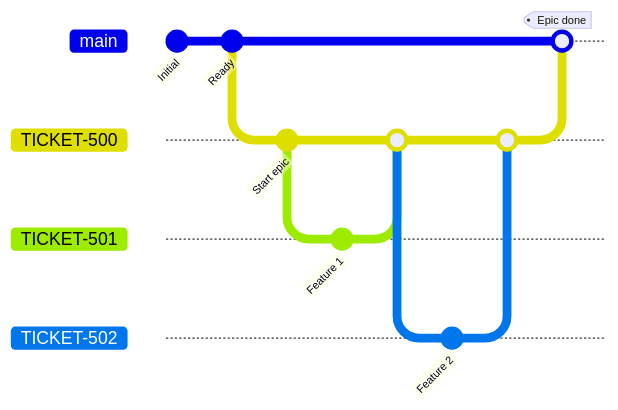
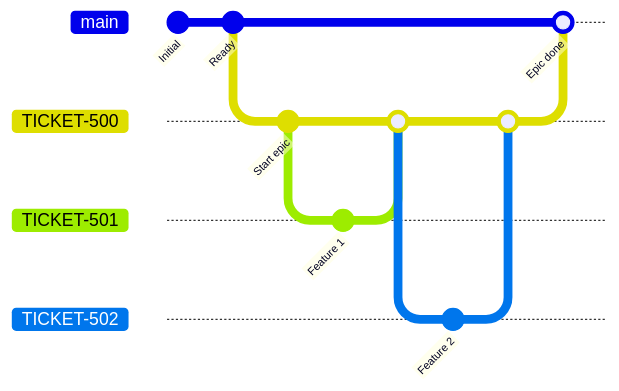
Before and after one commit to wunderio/WunderFlow: the third of 5 diagrams in README.md, drawn with Mermaid. The commit also changed other lines of this file, not shown here.

First line of the commit message:
docs(QAG-9): Improve workflow diagrams

````diff
--- a/README.md
+++ b/README.md
@@ -111,17 +110,17 @@
 ```mermaid
 gitGraph
     commit id: "Initial"
     commit id: "Ready"
     branch TICKET-500
     commit id: "Start epic"
     branch TICKET-501
     commit id: "Feature 1"
     checkout TICKET-500
     merge TICKET-501
     branch TICKET-502
     commit id: "Feature 2"
     checkout TICKET-500
     merge TICKET-502
     checkout main
-    merge TICKET-500 tag: "Epic done"
+    merge TICKET-500 id: "Epic done"
 ```
````
